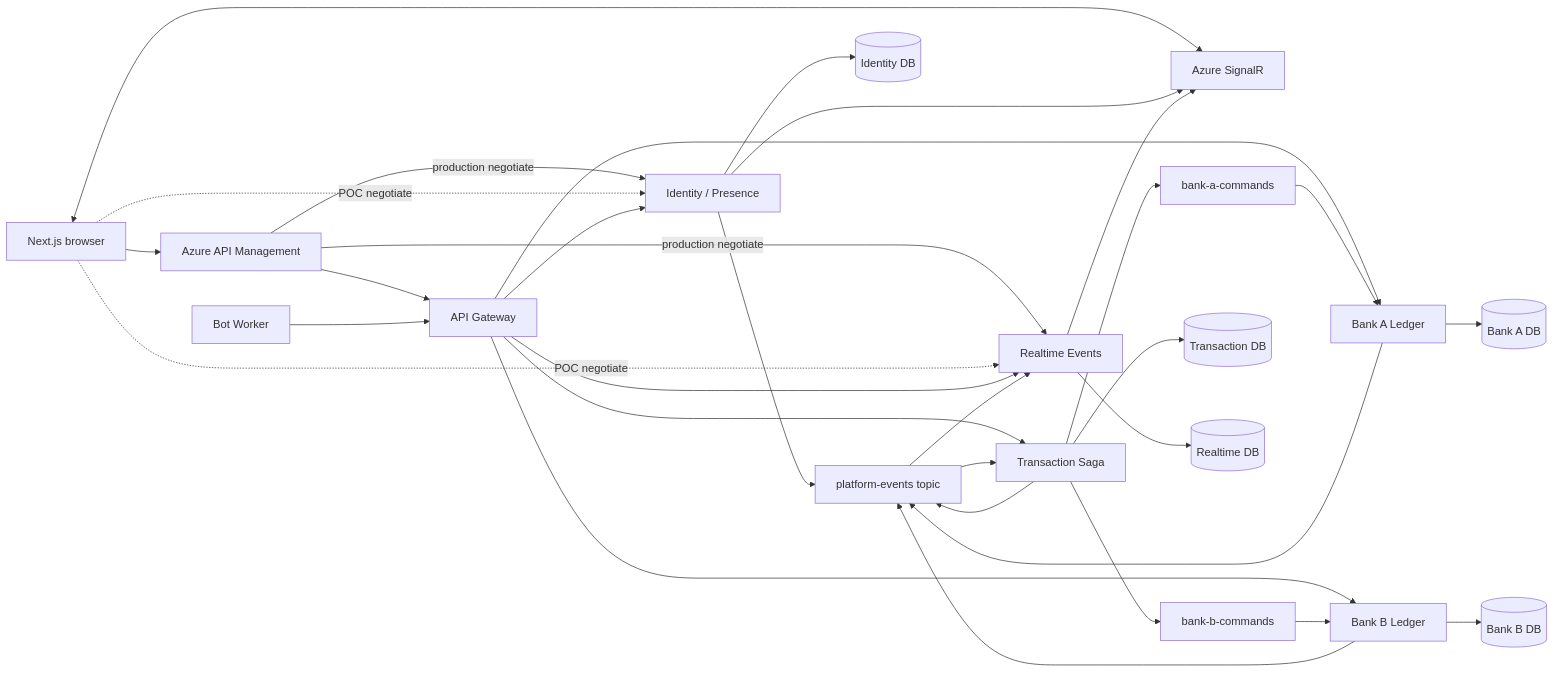
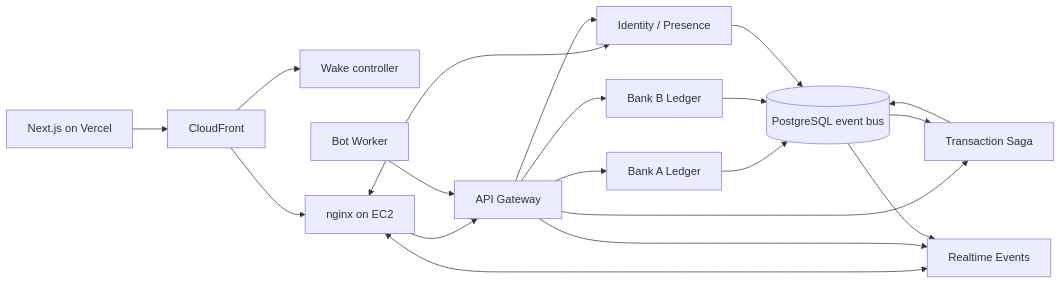
One commit to germanao/realtime-pix-platform changed the diagram in docs/architecture/README.md. Above: the diagram before and after it, drawn with Mermaid. The commit also changed other lines of this file and 206 other files, not shown here.

````diff
--- a/docs/architecture/README.md
+++ b/docs/architecture/README.md
@@ -7,35 +7,21 @@
 ```mermaid
 flowchart LR
-    Browser["Next.js browser"] --> APIM["Azure API Management"]
-    APIM --> Gateway["API Gateway"]
-    APIM -->|"production negotiate"| Presence["Identity / Presence"]
-    APIM -->|"production negotiate"| Realtime["Realtime Events"]
-    Browser -.->|"POC negotiate"| Presence
-    Browser -.->|"POC negotiate"| Realtime
-    Browser <--> SignalR["Azure SignalR"]
-    Presence --> SignalR
-    Realtime --> SignalR
+    Browser[Next.js on Vercel] --> CloudFront[CloudFront]
+    CloudFront --> Controller[Wake controller]
+    CloudFront --> Nginx[nginx on EC2]
+    Nginx --> Gateway[API Gateway]
+    Nginx <--> Presence[Identity / Presence]
+    Nginx <--> Realtime[Realtime Events]
     Gateway --> Presence
-    Gateway --> BankA["Bank A Ledger"]
-    Gateway --> BankB["Bank B Ledger"]
-    Gateway --> Transaction["Transaction Saga"]
+    Gateway --> BankA[Bank A Ledger]
+    Gateway --> BankB[Bank B Ledger]
+    Gateway --> Transaction[Transaction Saga]
     Gateway --> Realtime
-    Bot["Bot Worker"] --> Gateway
-
-    Transaction --> QueueA["bank-a-commands"]
-    Transaction --> QueueB["bank-b-commands"]
-    QueueA --> BankA
-    QueueB --> BankB
-    BankA --> Topic["platform-events topic"]
-    BankB --> Topic
-    Transaction --> Topic
-    Presence --> Topic
-    Topic --> Transaction
-    Topic --> Realtime
-
-    Presence --> IdentityDb[("Identity DB")]
-    BankA --> BankADb[("Bank A DB")]
-    BankB --> BankBDb[("Bank B DB")]
-    Transaction --> TransactionDb[("Transaction DB")]
-    Realtime --> RealtimeDb[("Realtime DB")]
+    Bot[Bot Worker] --> Gateway
+    Transaction --> Bus[(PostgreSQL event bus)]
+    BankA --> Bus
+    BankB --> Bus
+    Presence --> Bus
+    Bus --> Transaction
+    Bus --> Realtime
 ```
````
